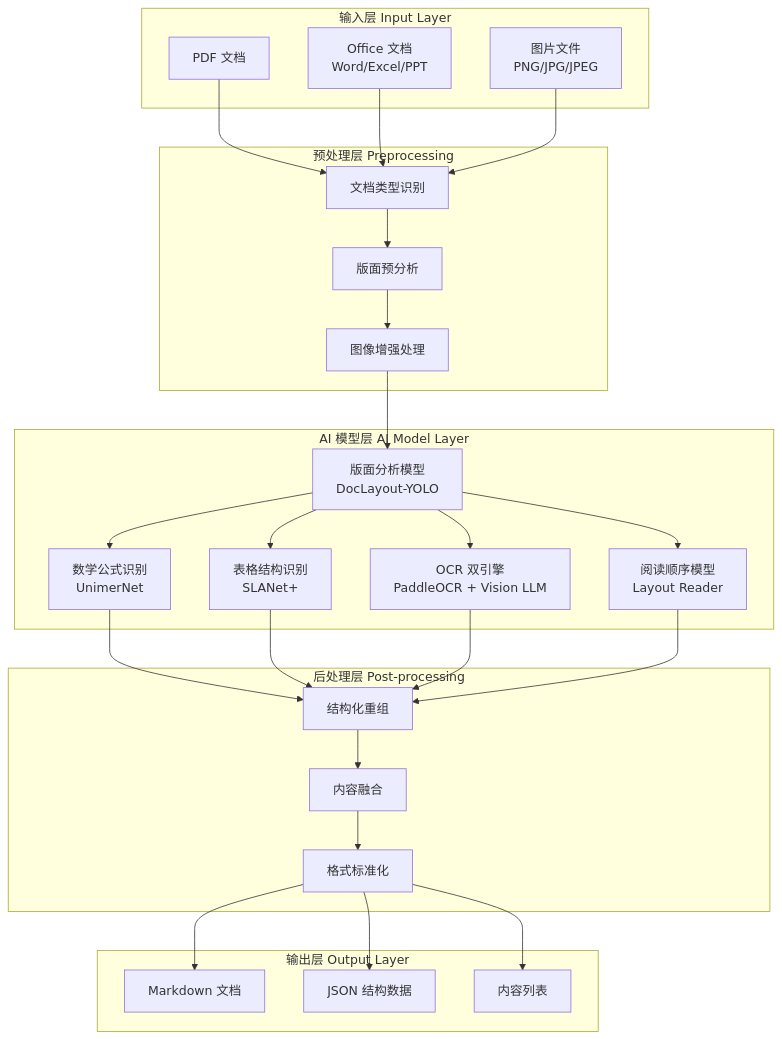
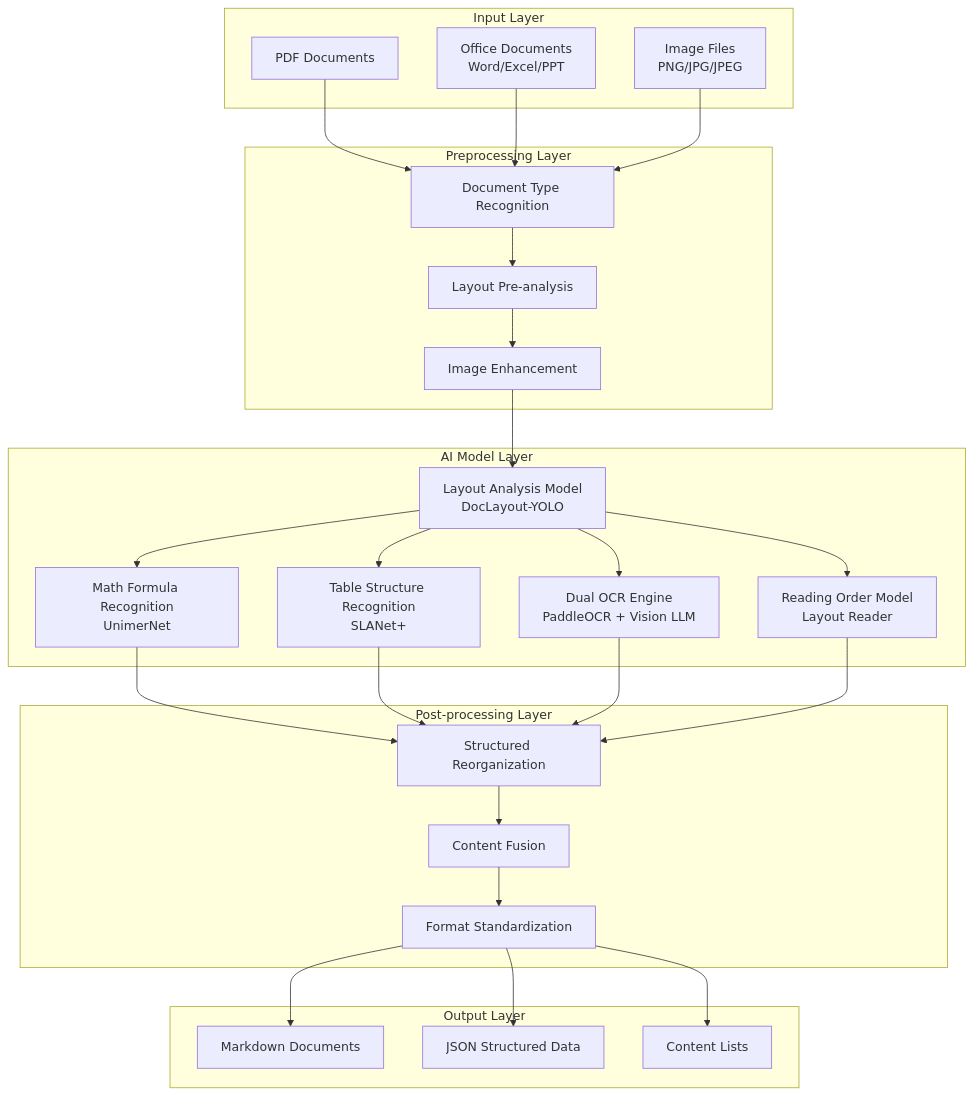
Before and after one commit to 309299817/doculook: the first of 5 diagrams in README.md, drawn with Mermaid. The commit also changed other lines of this file, not shown here.

````diff
--- a/README.md
+++ b/README.md
@@ -43,59 +47,59 @@
 ```mermaid
 graph TB
-    subgraph "输入层 Input Layer"
-        A1[PDF 文档]
-        A2[Office 文档<br/>Word/Excel/PPT]
-        A3[图片文件<br/>PNG/JPG/JPEG]
+    subgraph "Input Layer"
+        A1[PDF Documents]
+        A2[Office Documents<br/>Word/Excel/PPT]
+        A3[Image Files<br/>PNG/JPG/JPEG]
     end
     
-    subgraph "预处理层 Preprocessing"
-        B1[文档类型识别]
-        B2[版面预分析]
-        B3[图像增强处理]
+    subgraph "Preprocessing Layer"
+        B1[Document Type Recognition]
+        B2[Layout Pre-analysis]
+        B3[Image Enhancement]
     end
     
-    subgraph "AI 模型层 AI Model Layer"
-        C1[版面分析模型<br/>DocLayout-YOLO]
-        C2[数学公式识别<br/>UnimerNet]
-        C3[表格结构识别<br/>SLANet+]
-        C4[OCR 双引擎<br/>PaddleOCR + Vision LLM]
-        C5[阅读顺序模型<br/>Layout Reader]
+    subgraph "AI Model Layer"
+        C1[Layout Analysis Model<br/>DocLayout-YOLO]
+        C2[Math Formula Recognition<br/>UnimerNet]
+        C3[Table Structure Recognition<br/>SLANet+]
+        C4[Dual OCR Engine<br/>PaddleOCR + Vision LLM]
+        C5[Reading Order Model<br/>Layout Reader]
     end
     
-    subgraph "后处理层 Post-processing"
-        D1[结构化重组]
-        D2[内容融合]
-        D3[格式标准化]
+    subgraph "Post-processing Layer"
+        D1[Structured Reorganization]
+        D2[Content Fusion]
+        D3[Format Standardization]
     end
     
-    subgraph "输出层 Output Layer"
-        E1[Markdown 文档]
-        E2[JSON 结构数据]
-        E3[内容列表]
+    subgraph "Output Layer"
+        E1[Markdown Documents]
+        E2[JSON Structured Data]
+        E3[Content Lists]
     end
     
     A1 --> B1
     A2 --> B1
     A3 --> B1
     
     B1 --> B2
     B2 --> B3
     
     B3 --> C1
     C1 --> C2
     C1 --> C3
     C1 --> C4
     C1 --> C5
     
     C2 --> D1
     C3 --> D1
     C4 --> D1
     C5 --> D1
     
     D1 --> D2
     D2 --> D3
     
     D3 --> E1
     D3 --> E2
     D3 --> E3
 ```
````
